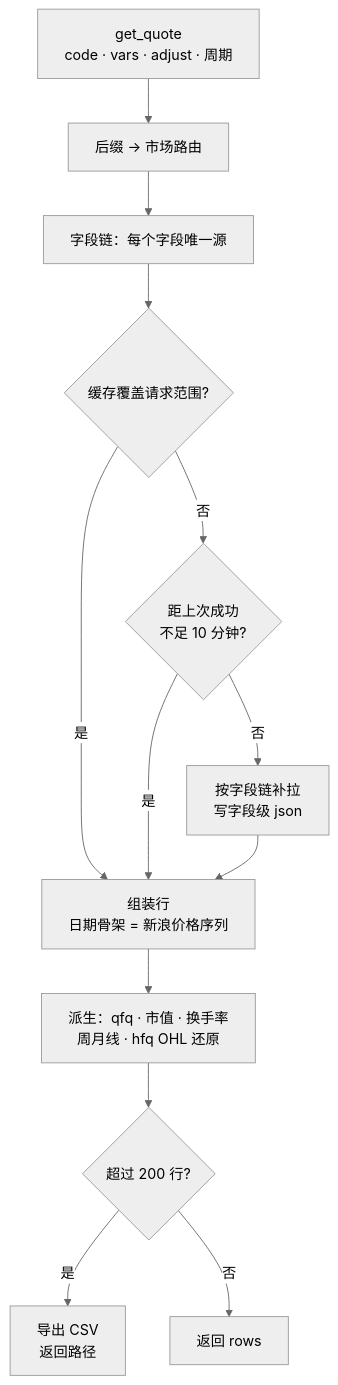
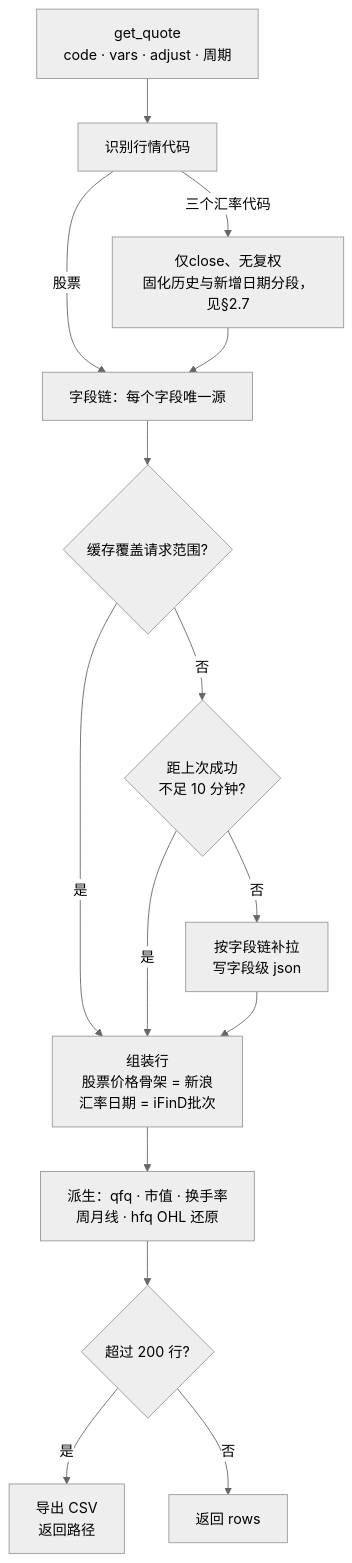
One commit to alone-tree/Ashare-announcements-MCP changed the third of 4 diagrams in docs/market-data架构设计.md. Above: the diagram before and after it, drawn with Mermaid (neutral theme). The commit also changed other lines of this file and 3 other files, not shown here.

````diff
--- a/docs/market-data架构设计.md
+++ b/docs/market-data架构设计.md
@@ -198,15 +199,17 @@
 ```mermaid
 flowchart TD
-    A["get_quote<br/>code · vars · adjust · 周期"] --> B["后缀 → 市场路由"]
-    B --> C["字段链：每个字段唯一源"]
+    A["get_quote<br/>code · vars · adjust · 周期"] --> B["识别行情代码"]
+    B -- 股票 --> C["字段链：每个字段唯一源"]
+    B -- 三个汇率代码 --> L["仅close、无复权<br/>固化历史与新增日期分段，见§2.7"]
+    L --> C
     C --> D{"缓存覆盖请求范围?"}
-    D -- 是 --> H["组装行<br/>日期骨架 = 新浪价格序列"]
+    D -- 是 --> H["组装行<br/>股票价格骨架 = 新浪<br/>汇率日期 = iFinD批次"]
     D -- 否 --> E{"距上次成功<br/>不足 10 分钟?"}
     E -- 是 --> H
     E -- 否 --> F["按字段链补拉<br/>写字段级 json"]
     F --> H
     H --> G["派生：qfq · 市值 · 换手率<br/>周月线 · hfq OHL 还原"]
     G --> I{"超过 200 行?"}
     I -- 是 --> J["导出 CSV<br/>返回路径"]
     I -- 否 --> K["返回 rows"]
 ```
````
